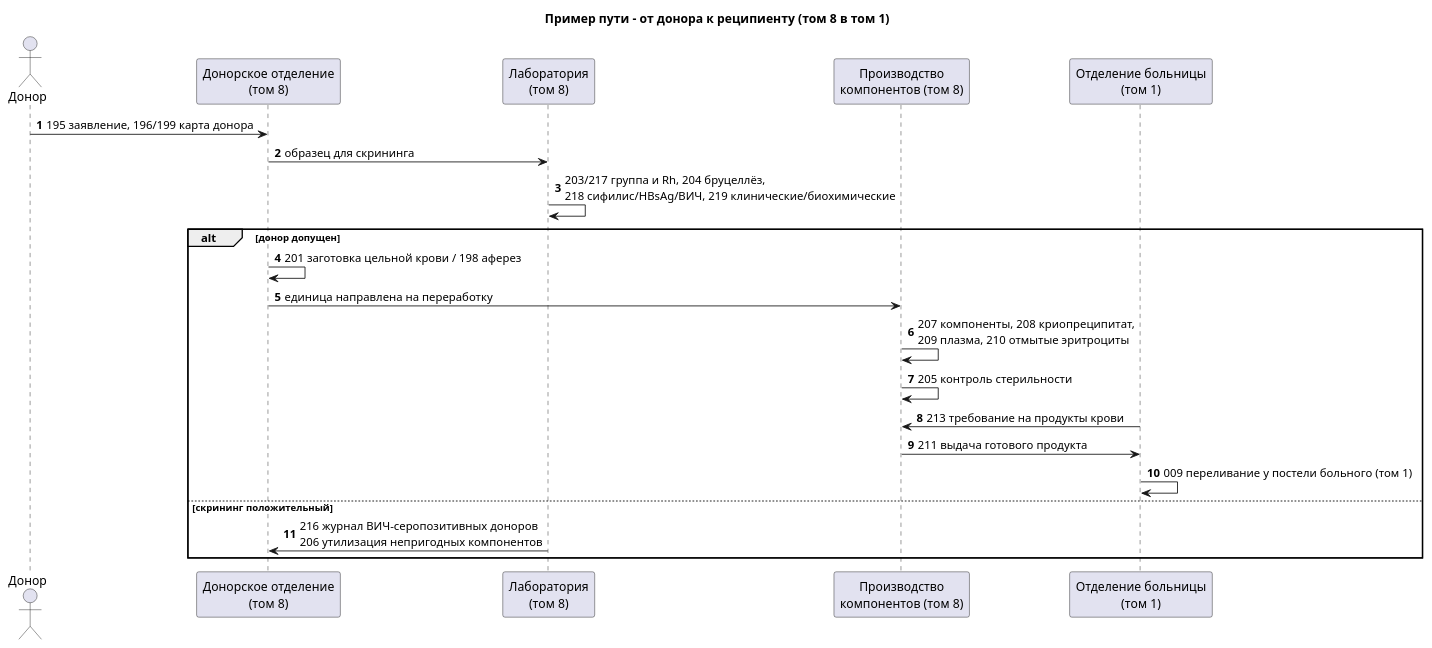
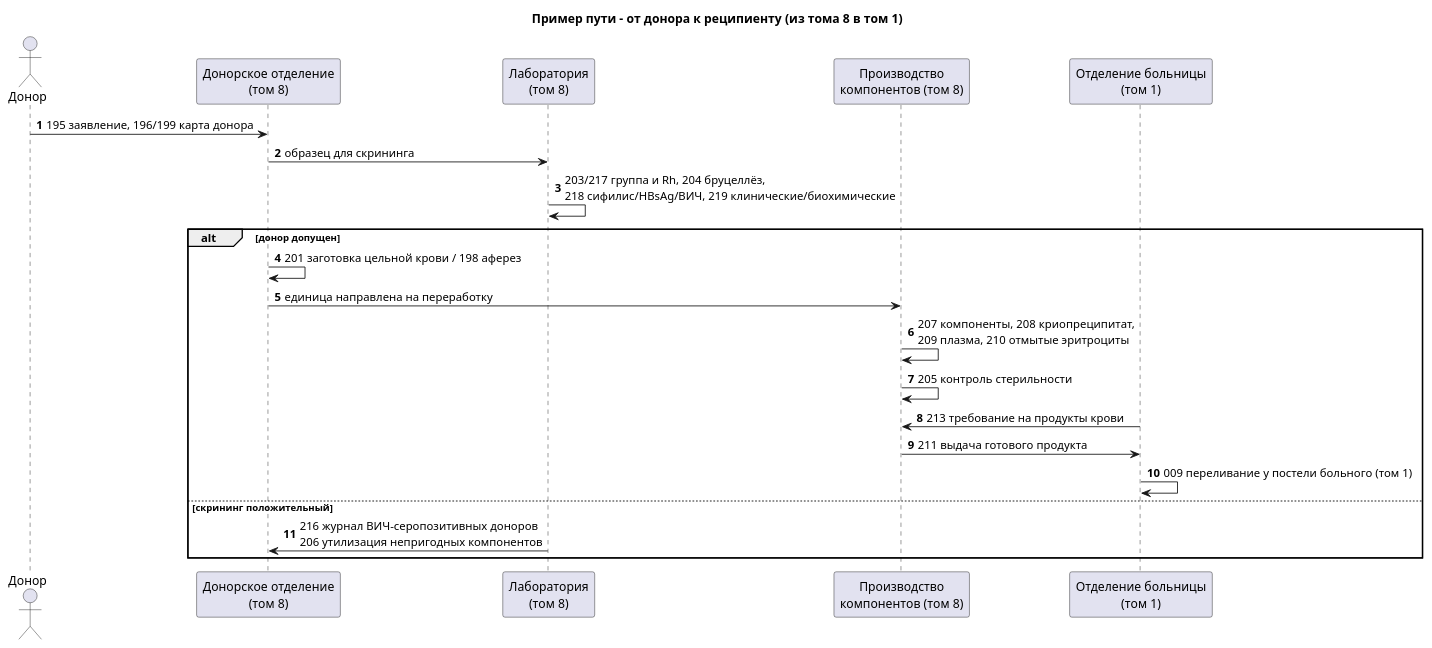
One commit to uzinfocom-org/digital-health-integration changed the diagram in input/images-source/forms-vol08-flow-ru.plantuml. Above: the diagram before and after it, drawn with PlantUML. The commit also changed 30 other files, not shown here.

```diff
--- a/input/images-source/forms-vol08-flow-ru.plantuml
+++ b/input/images-source/forms-vol08-flow-ru.plantuml
@@ -1,25 +1,25 @@
 @startuml forms-vol08-flow-ru
-title Пример пути - от донора к реципиенту (том 8 в том 1)
+title Пример пути - от донора к реципиенту (из тома 8 в том 1)
 autonumber
 
 actor Донор as D
 participant "Донорское отделение\n(том 8)" as DD
 participant "Лаборатория\n(том 8)" as LAB
 participant "Производство\nкомпонентов (том 8)" as CP
 participant "Отделение больницы\n(том 1)" as WARD
 
 D -> DD : 195 заявление, 196/199 карта донора
 DD -> LAB : образец для скрининга
 LAB -> LAB : 203/217 группа и Rh, 204 бруцеллёз,\n218 сифилис/HBsAg/ВИЧ, 219 клинические/биохимические
 alt донор допущен
   DD -> DD : 201 заготовка цельной крови / 198 аферез
   DD -> CP : единица направлена на переработку
   CP -> CP : 207 компоненты, 208 криопреципитат,\n209 плазма, 210 отмытые эритроциты
   CP -> CP : 205 контроль стерильности
   WARD -> CP : 213 требование на продукты крови
   CP -> WARD : 211 выдача готового продукта
   WARD -> WARD : 009 переливание у постели больного (том 1)
 else скрининг положительный
   LAB -> DD : 216 журнал ВИЧ-серопозитивных доноров\n206 утилизация непригодных компонентов
 end
 @enduml
```
